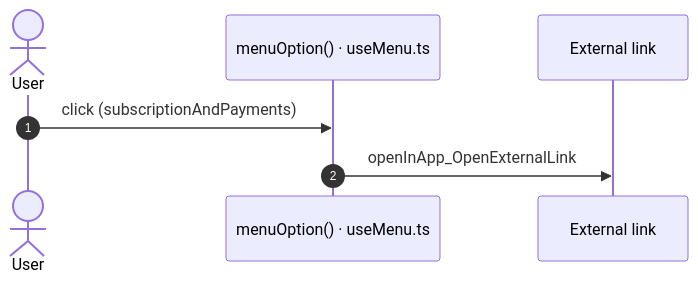
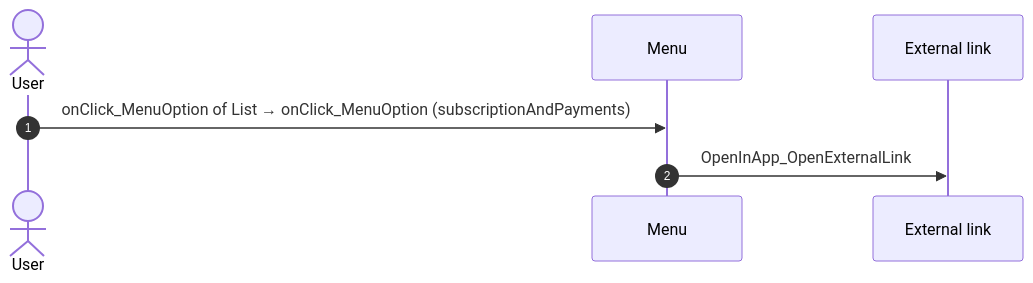
Before and after one commit to Phoenix-DX/connect-new-ui: diagram 12 of 37 in migration/route-actions/Menu.md, drawn with Mermaid. The commit also changed other lines of this file and 9 other files, not shown here.

Commit message:
route actions: facts only; user actions as two independent lists (OutSystems view bindings, React JSX bindings) with Mermaid sequences; factual call columns (direct caller, chains, React references); app shell by definition (survey shell, main.tsx code); constants read for React paths

````diff
--- a/migration/route-actions/Menu.md
+++ b/migration/route-actions/Menu.md
@@ -295,9 +253,9 @@
 ```mermaid
 sequenceDiagram
   autonumber
   actor U as User
-  participant H as menuOption() · useMenu.ts
+  participant B as Menu
   participant X as External link
-  U->>H: click (subscriptionAndPayments)
-  H->>X: openInApp_OpenExternalLink
+  U->>B: onClick_MenuOption of List → onClick_MenuOption (subscriptionAndPayments)
+  B->>X: OpenInApp_OpenExternalLink
 ```
````
